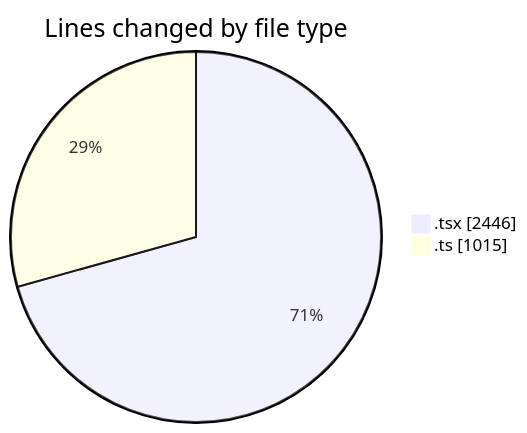
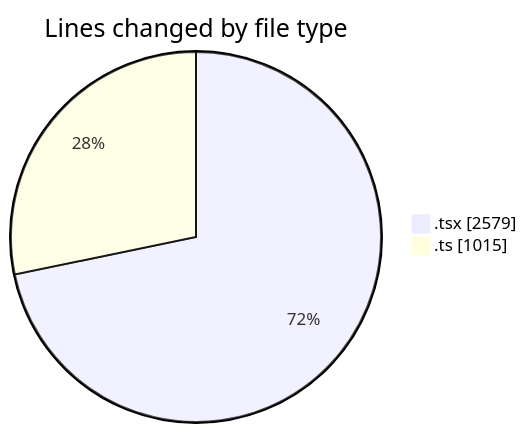
One commit to momahboobian/code-tracking changed the first of 2 diagrams in 2025-07-02/cda/README.md. Above: the diagram before and after it, drawn with Mermaid. The commit also changed other lines of this file and 1 other file, not shown here.

````diff
--- a/2025-07-02/cda/README.md
+++ b/2025-07-02/cda/README.md
@@ -26,6 +28,6 @@
 ```mermaid
 pie showData
 title Lines changed by file type
-".tsx" : 2446
+".tsx" : 2579
 ".ts" : 1015
 ```
````
